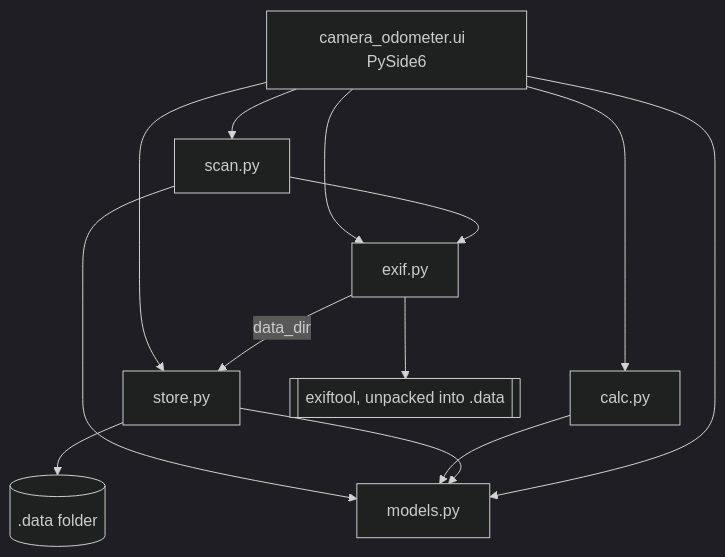
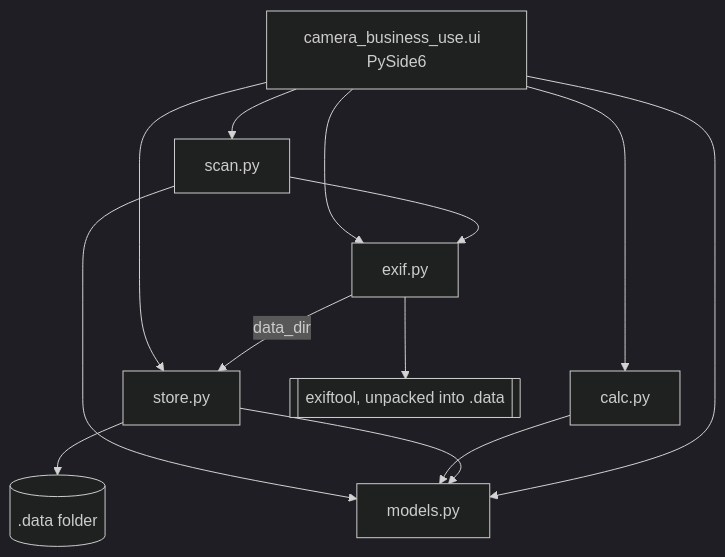
Before and after one commit to PoyoPoak/camera-odometer-calculator: the diagram in docs/architecture.md, drawn with Mermaid (dark theme). The commit also changed other lines of this file and 25 other files, not shown here.

First line of the commit message:
refactor: rename the project to Camera Business Use Calculator

````diff
--- a/docs/architecture.md
+++ b/docs/architecture.md
@@ -3,12 +3,12 @@
 ```mermaid
 flowchart TD
-    UI[camera_odometer.ui  PySide6] --> SCAN[scan.py]
+    UI[camera_business_use.ui  PySide6] --> SCAN[scan.py]
     UI --> CALC[calc.py]
     UI --> STORE[store.py]
     UI --> EXIF[exif.py]
     SCAN --> EXIF
     EXIF -->|data_dir| STORE
     STORE --> DATA[(.data folder)]
     EXIF --> ET[[exiftool, unpacked into .data]]
     SCAN & CALC & STORE & UI --> MODELS[models.py]
 ```
````
